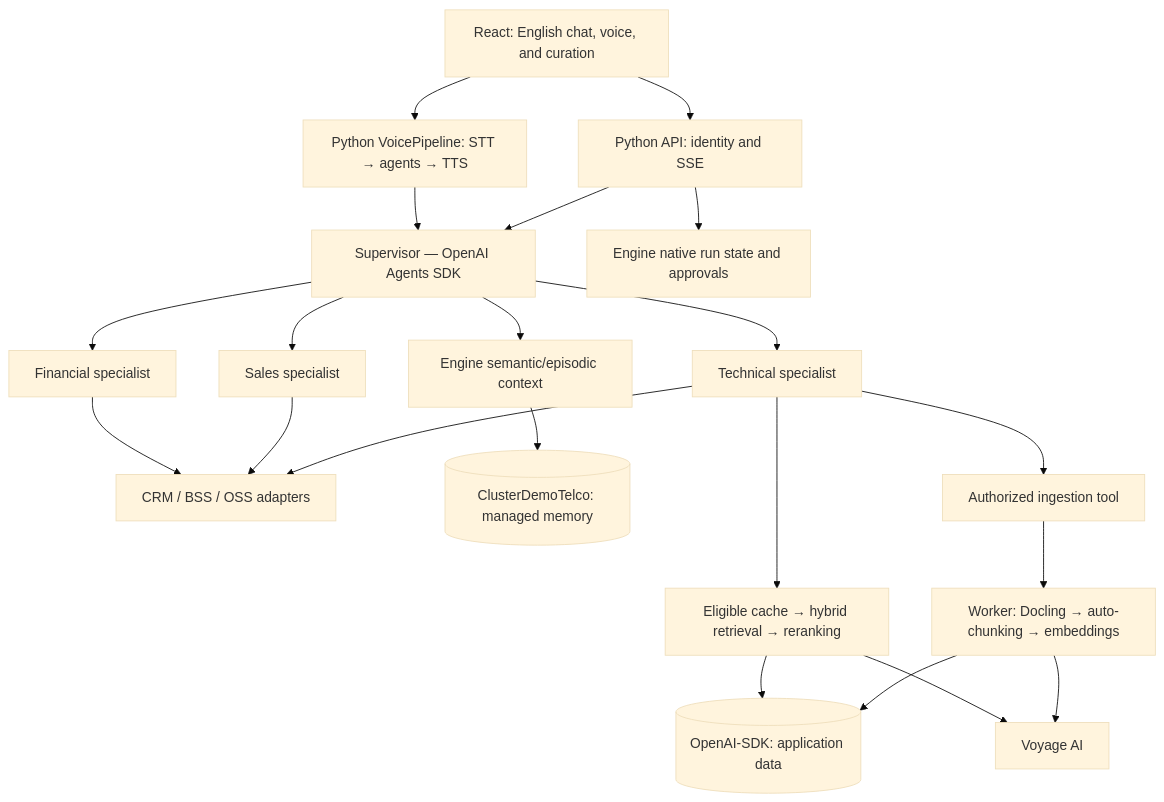
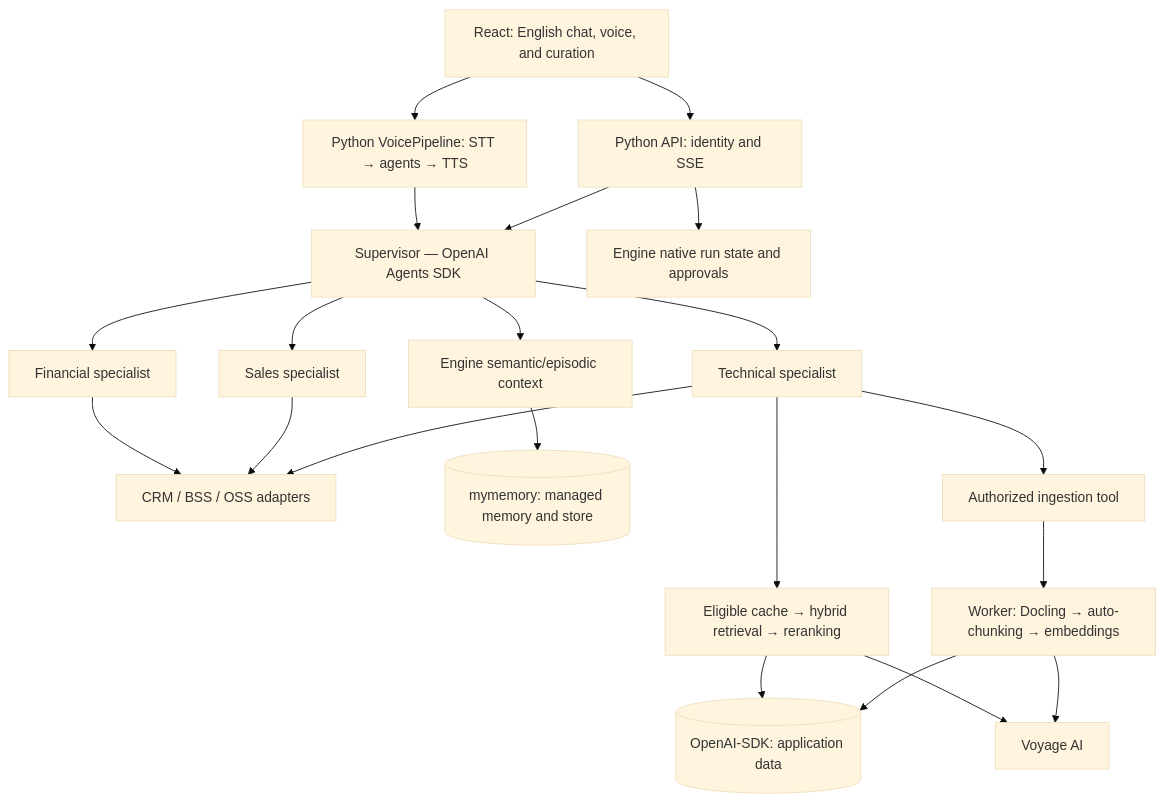
One commit to vagnerpontesbr/mdb_agents_using_openai_agents_sdk changed the diagram in initial_plan.md. Above: the diagram before and after it, drawn with Mermaid (base theme). The commit also changed other lines of this file and 33 other files, not shown here.

````diff
--- a/initial_plan.md
+++ b/initial_plan.md
@@ -37,23 +39,23 @@
 ```mermaid
 flowchart TD
     UI[React: English chat, voice, and curation] --> API[Python API: identity and SSE]
     UI --> VOICE[Python VoicePipeline: STT → agents → TTS]
     VOICE --> SUP
     API --> SUP[Supervisor — OpenAI Agents SDK]
     SUP --> FIN[Financial specialist]
     SUP --> TEC[Technical specialist]
     SUP --> SALES[Sales specialist]
     FIN --> BIZ[CRM / BSS / OSS adapters]
     SALES --> BIZ
     TEC --> BIZ
     SUP --> MEM[Engine semantic/episodic context]
-    MEM --> MEMDB[(ClusterDemoTelco: managed memory)]
+    MEM --> MEMDB[(mymemory: managed memory and store)]
     TEC --> RAG[Eligible cache → hybrid retrieval → reranking]
     RAG --> DB[(OpenAI-SDK: application data)]
     RAG --> VOY[Voyage AI]
     TEC --> JOB[Authorized ingestion tool]
     JOB --> WORK[Worker: Docling → auto-chunking → embeddings]
     WORK --> VOY
     WORK --> DB
     API --> STATE[Engine native run state and approvals]
 ```
````
